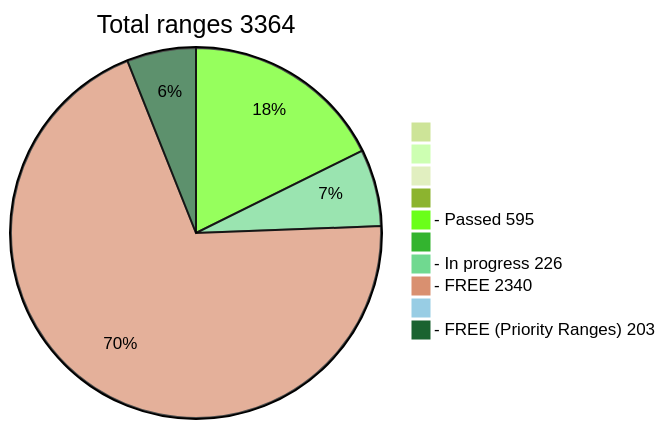
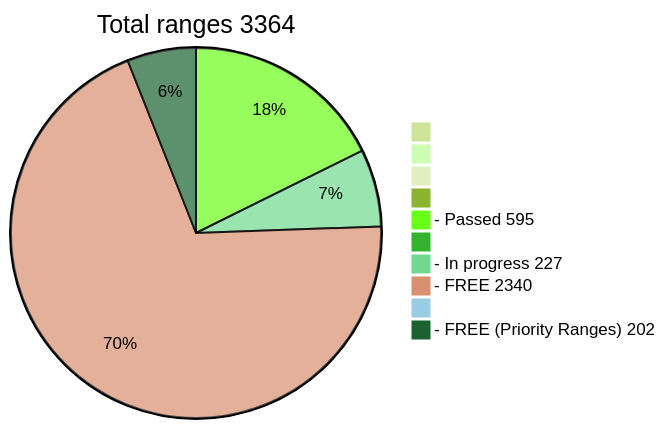
Before and after one commit to phrutis/wif500: the diagram in README.md, drawn with Mermaid (forest theme).

````diff
--- a/README.md
+++ b/README.md
@@ -16,13 +16,13 @@
 ```mermaid
 pie title Total ranges 3364
              " " : 0
             "  " : 0
            "   " : 0
           "    " : 0
   "- Passed 595" : 595
          "     " : 0
-  "- In progress 226" : 226
+  "- In progress 227" : 227
    "- FREE 2340" : 2340
         "      " : 0
-  "- FREE (Priority Ranges) 203" : 203
+  "- FREE (Priority Ranges) 202" : 202
 ```
````
